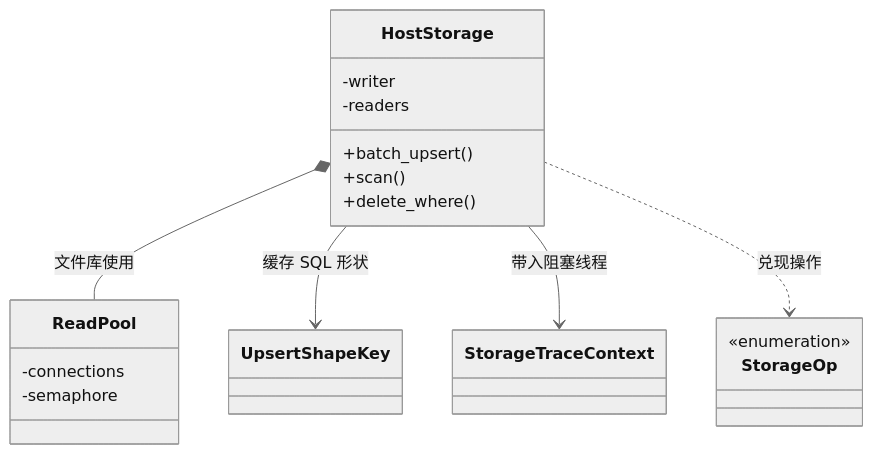
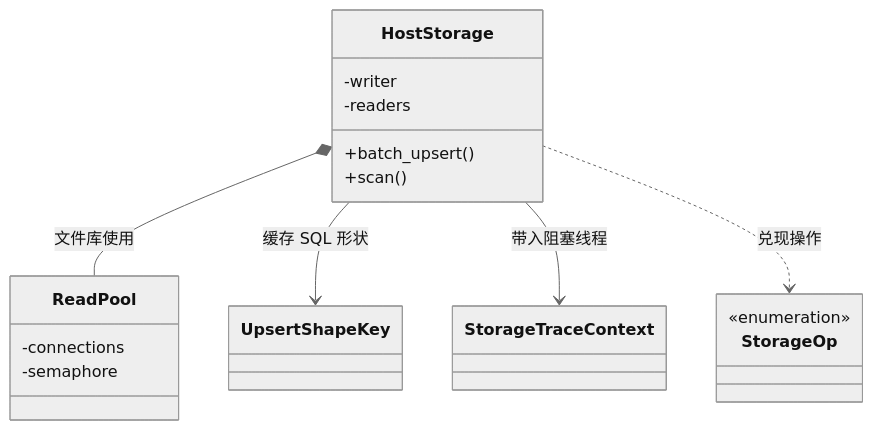
Before and after one commit to zxs1633079383/helix: the fifth of 20 diagrams in docs/架构索引/03-helix-driver-host.md, drawn with Mermaid (neutral theme). The commit also changed 6 other files, not shown here.

````diff
--- a/docs/架构索引/03-helix-driver-host.md
+++ b/docs/架构索引/03-helix-driver-host.md
@@ -165,23 +165,22 @@
 ```mermaid
 classDiagram
   class HostStorage {
     -writer
     -readers
     +batch_upsert()
     +scan()
-    +delete_where()
   }
   class ReadPool {
     -connections
     -semaphore
   }
   class UpsertShapeKey
   class StorageTraceContext
   class StorageOp {
     <<enumeration>>
   }
   HostStorage *-- ReadPool : 文件库使用
   HostStorage --> UpsertShapeKey : 缓存 SQL 形状
   HostStorage --> StorageTraceContext : 带入阻塞线程
   HostStorage ..> StorageOp : 兑现操作
 ```
````
